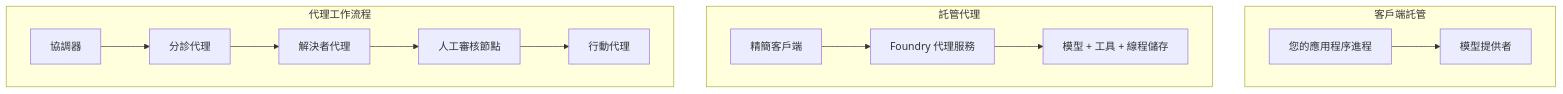
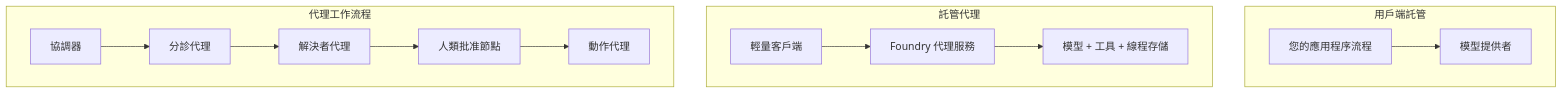
The first of 4 diagrams in translations/zh-TW/16-deploying-scalable-agents/README.md (microsoft/ai-agents-for-beginners), drawn with Mermaid before and after one commit. The commit also changed other lines of this file and 44 other files, not shown here.

````diff
--- a/translations/zh-TW/16-deploying-scalable-agents/README.md
+++ b/translations/zh-TW/16-deploying-scalable-agents/README.md
@@ -87,16 +87,16 @@
 ```mermaid
 flowchart TB
-    subgraph P1[客戶端託管]
-        A1[您的應用程序進程] --> M1[模型提供者]
+    subgraph P1[用戶端託管]
+        A1[您的應用程序流程] --> M1[模型提供者]
     end
     subgraph P2[託管代理]
-        A2[精簡客戶端] --> F2[Foundry 代理服務]
-        F2 --> M2[模型 + 工具 + 線程儲存]
+        A2[輕量客戶端] --> F2[Foundry 代理服務]
+        F2 --> M2[模型 + 工具 + 線程存儲]
     end
     subgraph P3[代理工作流程]
         A3[協調器] --> S1[分診代理]
         S1 --> S2[解決者代理]
-        S2 --> H[人工審核節點]
-        H --> S3[行動代理]
+        S2 --> H[人類批准節點]
+        H --> S3[動作代理]
     end
 ```
````
